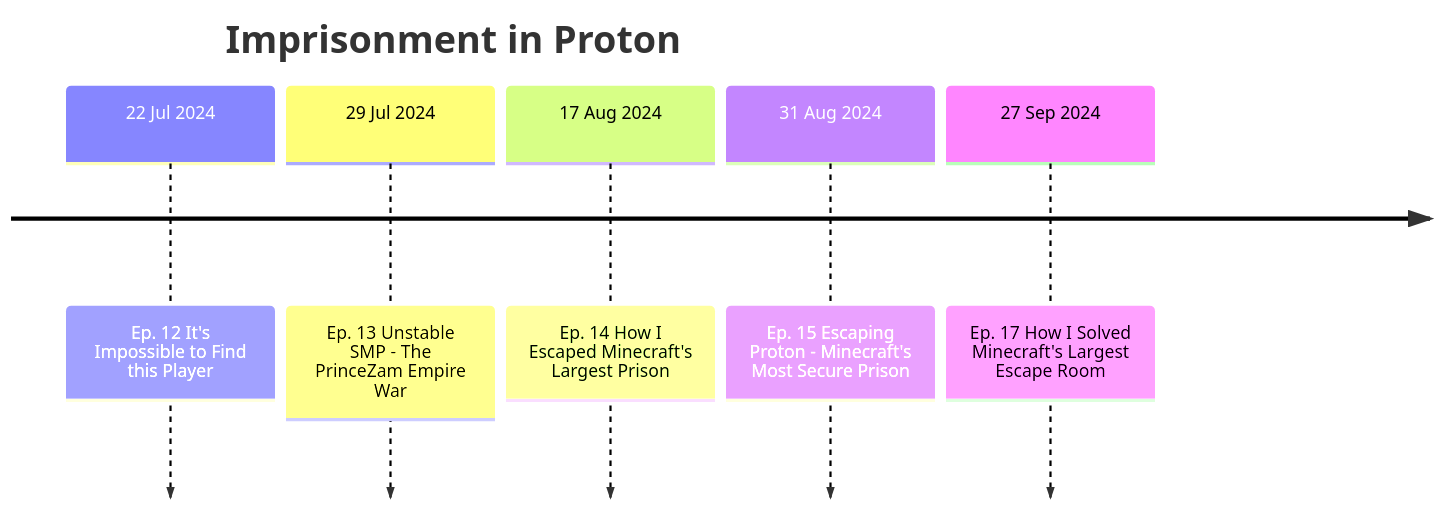
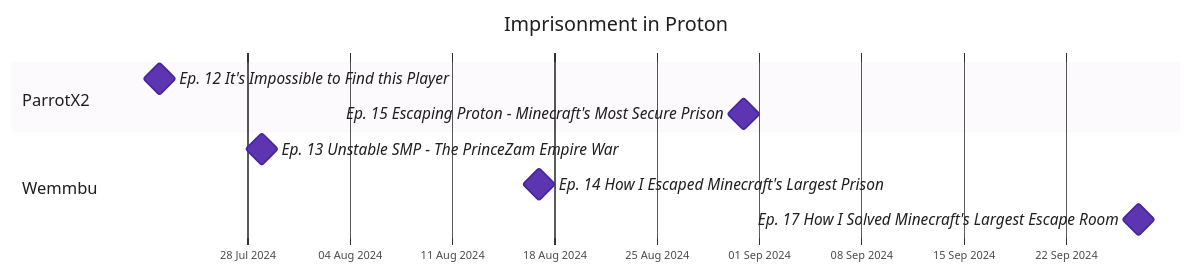
One commit to That1Guy005/Unstable-Wiki changed the diagram in docs/events/imprisonment-in-proton.md. Above: the diagram before and after it, drawn with Mermaid. The commit also changed other lines of this file and 57 other files, not shown here.

Commit message:
feat: improved readability charts

````diff
--- a/docs/events/imprisonment-in-proton.md
+++ b/docs/events/imprisonment-in-proton.md
@@ -19,9 +21,15 @@
 ```mermaid
-timeline
+%%{init: {"theme": "base", "themeVariables": {"fontFamily": "Roboto, Helvetica, Arial, sans-serif", "fontSize": "15px", "primaryTextColor": "#1f1f1f", "textColor": "#1f1f1f", "titleColor": "#1f1f1f", "gridColor": "#d0d0d8", "taskBkgColor": "#5e35b1", "taskBorderColor": "#4527a0", "taskTextColor": "#ffffff", "taskTextLightColor": "#ffffff", "taskTextDarkColor": "#1f1f1f", "taskTextOutsideColor": "#1f1f1f", "taskTextClickableColor": "#1f1f1f", "sectionBkgColor": "#ede7f6", "altSectionBkgColor": "#ffffff", "sectionBkgColor2": "#fff3d6"}, "gantt": {"barHeight": 26, "barGap": 6, "fontSize": 14, "sectionFontSize": 15, "leftPadding": 135, "topPadding": 54, "gridLineStartPadding": 40, "titleTopMargin": 24}, "themeCSS": ".titleText{font-size:20px;font-weight:600;fill:#1f1f1f} .sectionTitle{font-size:15px;font-weight:600;fill:#1f1f1f} .tick text{font-size:13px;fill:#333} .taskText,.taskTextOutsideRight,.taskTextOutsideLeft{font-size:14px} .milestone{fill:#5e35b1;stroke:#4527a0}"}}%%
+gantt
     title Imprisonment in Proton
-        22 Jul 2024 : Ep. 12 It's Impossible to Find this Player
-        29 Jul 2024 : Ep. 13 Unstable SMP - The PrinceZam Empire War
-        17 Aug 2024 : Ep. 14 How I Escaped Minecraft's Largest Prison
-        31 Aug 2024 : Ep. 15 Escaping Proton - Minecraft's Most Secure Prison
-        27 Sep 2024 : Ep. 17 How I Solved Minecraft's Largest Escape Room
+    dateFormat YYYY-MM-DD
+    axisFormat %d %b %Y
+    todayMarker off
+    section ParrotX2
+    Ep. 12 It's Impossible to Find this Player : milestone, m0, 2024-07-22, 0d
+    Ep. 15 Escaping Proton - Minecraft's Most Secure Prison : milestone, m1, 2024-08-31, 0d
+    section Wemmbu
+    Ep. 13 Unstable SMP - The PrinceZam Empire War : milestone, m2, 2024-07-29, 0d
+    Ep. 14 How I Escaped Minecraft's Largest Prison : milestone, m3, 2024-08-17, 0d
+    Ep. 17 How I Solved Minecraft's Largest Escape Room : milestone, m4, 2024-09-27, 0d
 ```
````
